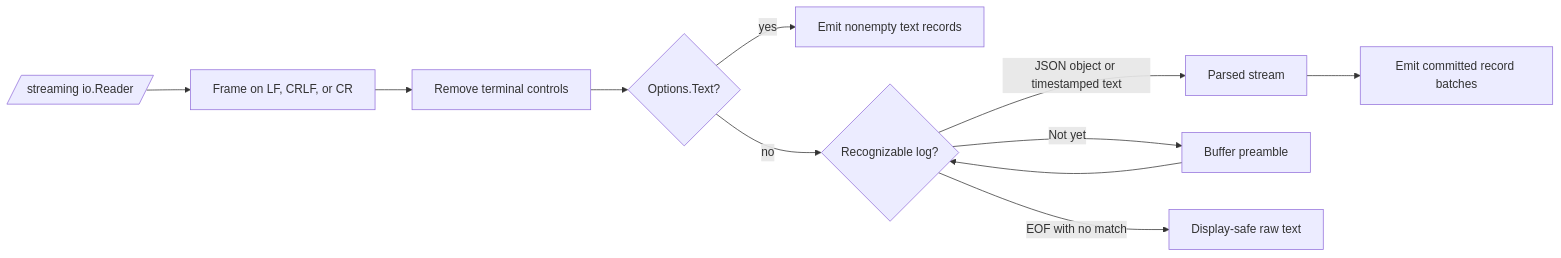
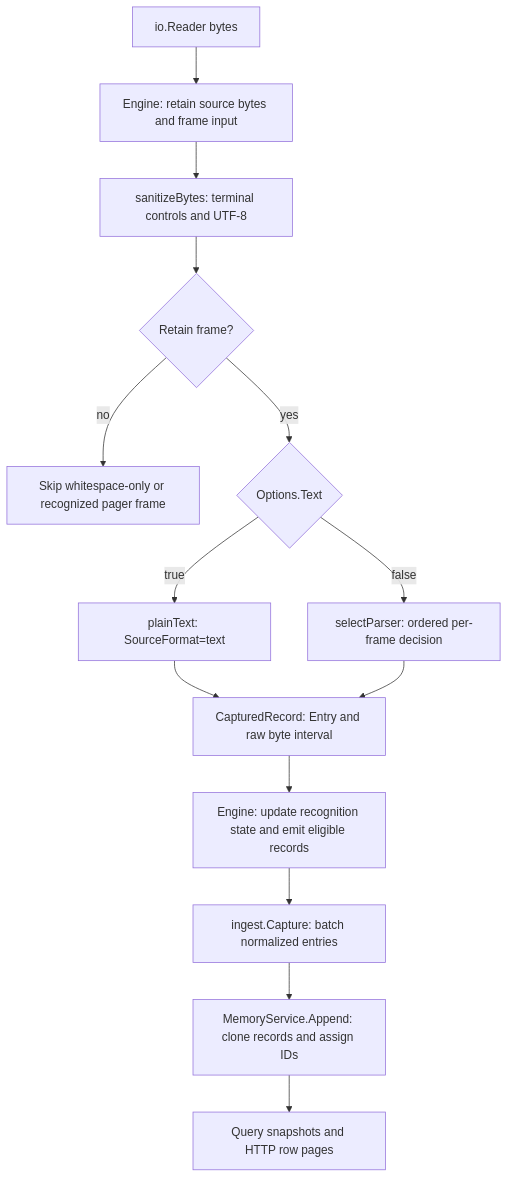
The first of 4 diagrams in .memory/parser.md (jpetroff/streamline), drawn with Mermaid before and after one commit. The commit also changed other lines of this file and 25 other files, not shown here.

````diff
--- a/.memory/parser.md
+++ b/.memory/parser.md
@@ -14,13 +53,16 @@
 ```mermaid
-flowchart LR
-  input[/"streaming io.Reader"/] --> frame["Frame on LF, CRLF, or CR"]
-  frame --> clean["Remove terminal controls"]
-  clean --> mode{"Options.Text?"}
-  mode -->|"yes"| text["Emit nonempty text records"]
-  mode -->|"no"| detect{"Recognizable log?"}
-  detect -->|"JSON object or timestamped text"| parsed["Parsed stream"]
-  detect -->|"Not yet"| buffer["Buffer preamble"]
-  buffer --> detect
-  parsed --> append["Emit committed record batches"]
-  detect -->|"EOF with no match"| raw["Display-safe raw text"]
+flowchart TD
+  Reader["io.Reader bytes"] --> Frame["Engine: retain source bytes and frame input"]
+  Frame --> Clean["sanitizeBytes: terminal controls and UTF-8"]
+  Clean --> Retain{"Retain frame?"}
+  Retain -->|"no"| Skip["Skip whitespace-only or recognized pager frame"]
+  Retain -->|"yes"| Mode{"Options.Text"}
+  Mode -->|"true"| Literal["plainText: SourceFormat=text"]
+  Mode -->|"false"| Selector["selectParser: ordered per-frame decision"]
+  Literal --> Capture["CapturedRecord: Entry and raw byte interval"]
+  Selector --> Capture
+  Capture --> Gate["Engine: update recognition state and emit eligible records"]
+  Gate --> Batch["ingest.Capture: batch normalized entries"]
+  Batch --> Query["MemoryService.Append: clone records and assign IDs"]
+  Query --> HTTP["Query snapshots and HTTP row pages"]
 ```
````
